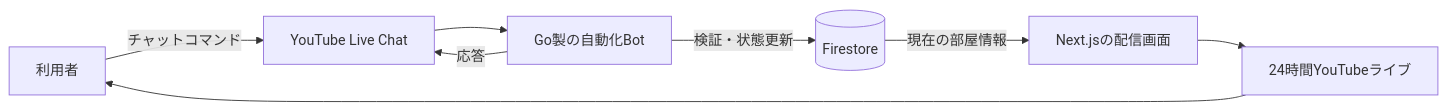
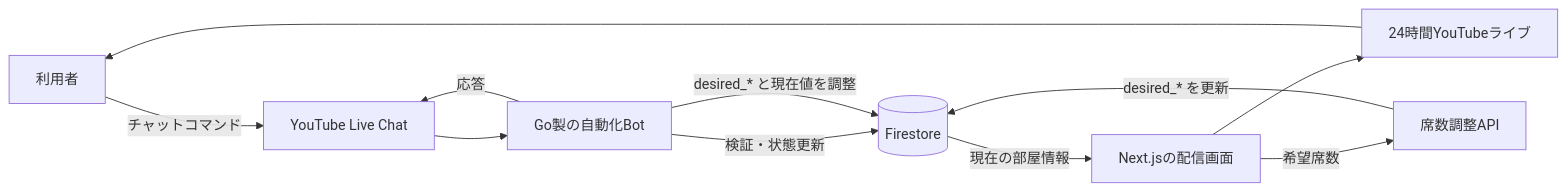
Before and after one commit to kani3camp/youtube-study-space: the diagram in README.md, drawn with Mermaid. The commit also changed other lines of this file and 14 other files, not shown here.

````diff
--- a/README.md
+++ b/README.md
@@ -89,10 +89,13 @@
 ```mermaid
 flowchart LR
     User[利用者] -->|チャットコマンド| Chat[YouTube Live Chat]
     Chat --> Bot[Go製の自動化Bot]
     Bot -->|検証・状態更新| DB[(Firestore)]
     DB -->|現在の部屋情報| Monitor[Next.jsの配信画面]
     Monitor --> Stream[24時間YouTubeライブ]
+    Monitor -->|希望席数| SeatAPI[席数調整API]
+    SeatAPI -->|desired_* を更新| DB
+    Bot -->|desired_* と現在値を調整| DB
     Bot -->|応答| Chat
     Stream --> User
 ```
````
